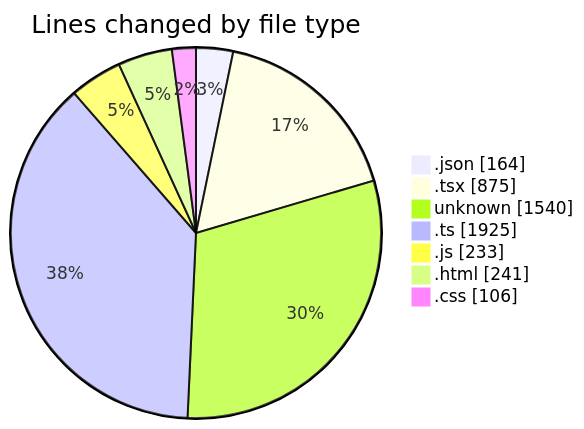
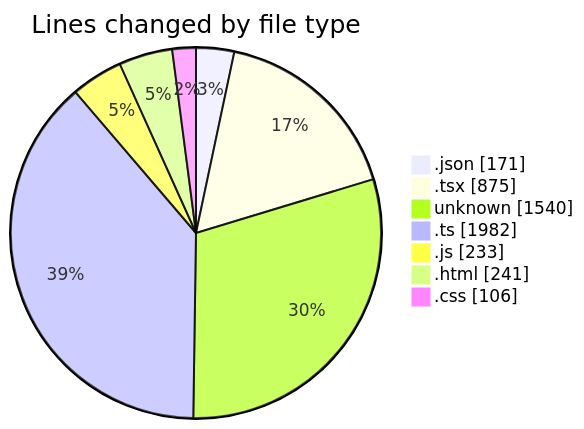
The first of 2 diagrams in 2025-01-03/nextjs-webllm/README.md (ernivani/code-tracking), drawn with Mermaid before and after one commit. The commit also changed other lines of this file and 5 other files, not shown here.

````diff
--- a/2025-01-03/nextjs-webllm/README.md
+++ b/2025-01-03/nextjs-webllm/README.md
@@ -44,11 +44,11 @@
 ```mermaid
 pie showData
 title Lines changed by file type
-".json" : 164
+".json" : 171
 ".tsx" : 875
 "unknown" : 1540
-".ts" : 1925
+".ts" : 1982
 ".js" : 233
 ".html" : 241
 ".css" : 106
 ```
````
